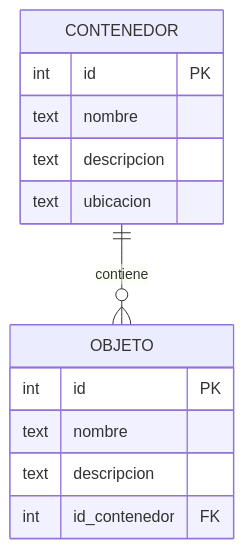
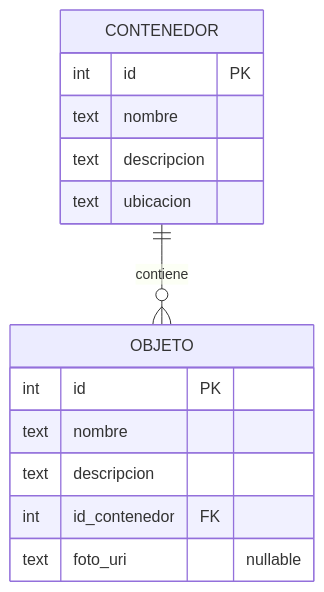
One commit to CarlosMantillaC/SanAlejoKiro changed the second of 2 diagrams in .kiro/specs/san-alejo-app/design.md. Above: the diagram before and after it, drawn with Mermaid. The commit also changed other lines of this file, not shown here.

````diff
--- a/.kiro/specs/san-alejo-app/design.md
+++ b/.kiro/specs/san-alejo-app/design.md
@@ -340,16 +496,17 @@
 ```mermaid
 erDiagram
     CONTENEDOR {
         int id PK
         text nombre
         text descripcion
         text ubicacion
     }
     OBJETO {
         int id PK
         text nombre
         text descripcion
         int id_contenedor FK
+        text foto_uri "nullable"
     }
     CONTENEDOR ||--o{ OBJETO : "contiene"
 ```
````
